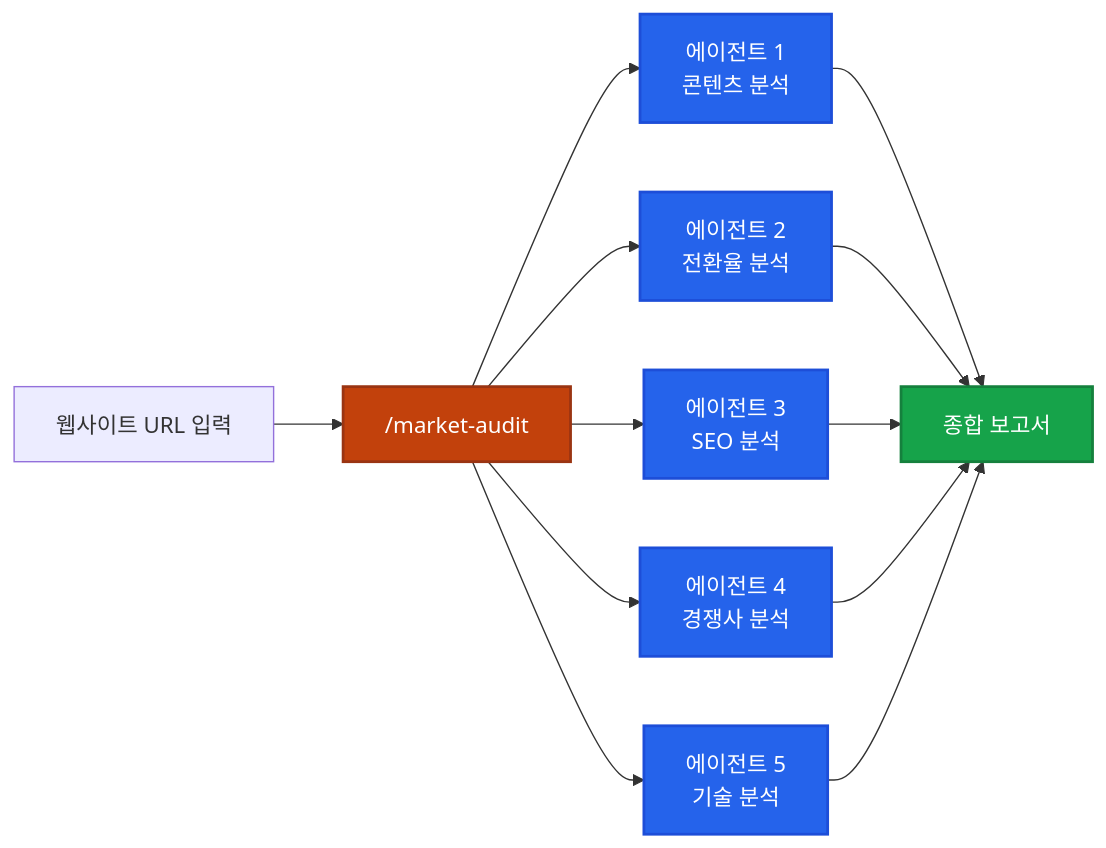
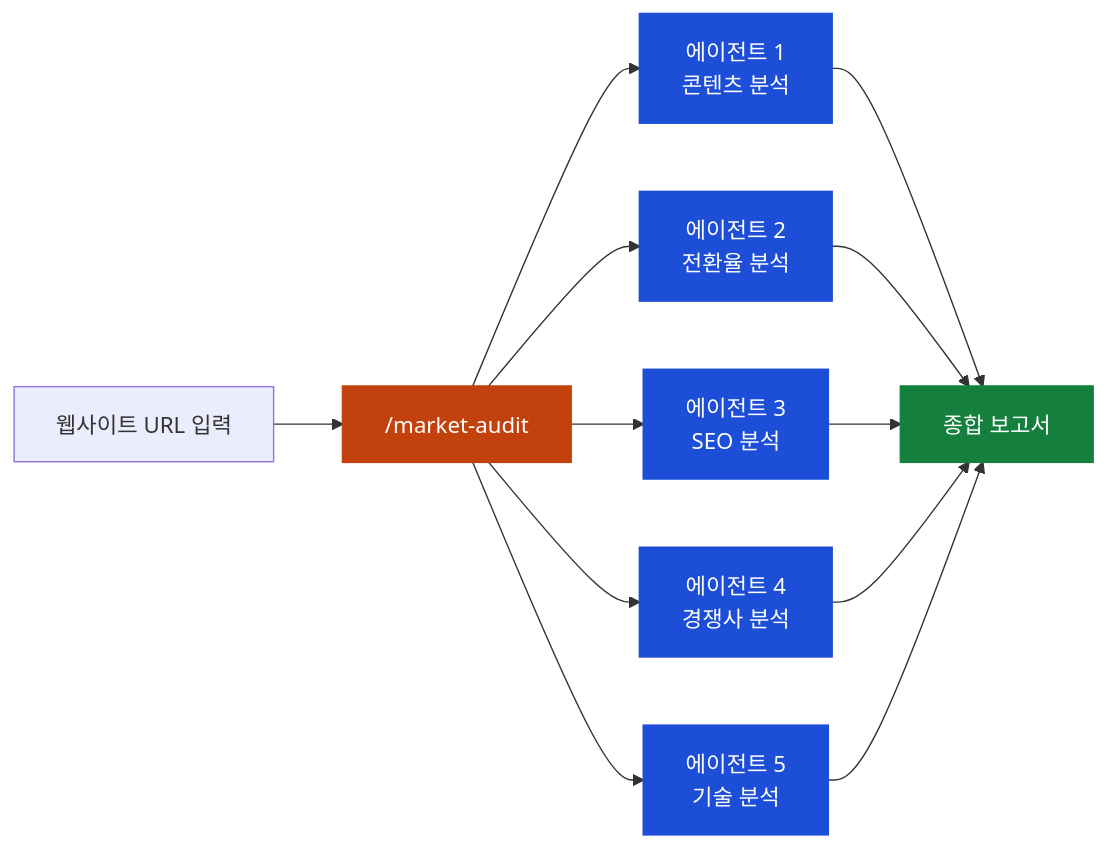
One commit to udawon/udawon-how-to-claude changed the diagram in content/youtube-update/marketing-audit-tool.md. Above: the diagram before and after it, drawn with Mermaid. The commit also changed other lines of this file and 23 other files, not shown here.

````diff
--- a/content/youtube-update/marketing-audit-tool.md
+++ b/content/youtube-update/marketing-audit-tool.md
@@ -71,22 +71,22 @@
 ```mermaid
 graph LR
     URL["웹사이트 URL 입력"] --> Audit["/market-audit"]
     Audit --> A1["에이전트 1<br/>콘텐츠 분석"]
     Audit --> A2["에이전트 2<br/>전환율 분석"]
     Audit --> A3["에이전트 3<br/>SEO 분석"]
     Audit --> A4["에이전트 4<br/>경쟁사 분석"]
     Audit --> A5["에이전트 5<br/>기술 분석"]
     A1 --> Report["종합 보고서"]
     A2 --> Report
     A3 --> Report
     A4 --> Report
     A5 --> Report
 
-    style Audit fill:#c2410c,color:#fff,stroke:#9a3412,stroke-width:2px
-    style Report fill:#16a34a,color:#fff,stroke:#15803d,stroke-width:2px
-    style A1 fill:#2563eb,color:#fff,stroke:#1d4ed8,stroke-width:2px
-    style A2 fill:#2563eb,color:#fff,stroke:#1d4ed8,stroke-width:2px
-    style A3 fill:#2563eb,color:#fff,stroke:#1d4ed8,stroke-width:2px
-    style A4 fill:#2563eb,color:#fff,stroke:#1d4ed8,stroke-width:2px
-    style A5 fill:#2563eb,color:#fff,stroke:#1d4ed8,stroke-width:2px
+    style Audit fill:#c2410c,color:#fff,stroke:#c2410c,stroke-width:2px
+    style Report fill:#15803d,color:#fff,stroke:#15803d,stroke-width:2px
+    style A1 fill:#1d4ed8,color:#fff,stroke:#1d4ed8,stroke-width:2px
+    style A2 fill:#1d4ed8,color:#fff,stroke:#1d4ed8,stroke-width:2px
+    style A3 fill:#1d4ed8,color:#fff,stroke:#1d4ed8,stroke-width:2px
+    style A4 fill:#1d4ed8,color:#fff,stroke:#1d4ed8,stroke-width:2px
+    style A5 fill:#1d4ed8,color:#fff,stroke:#1d4ed8,stroke-width:2px
 ```
````
